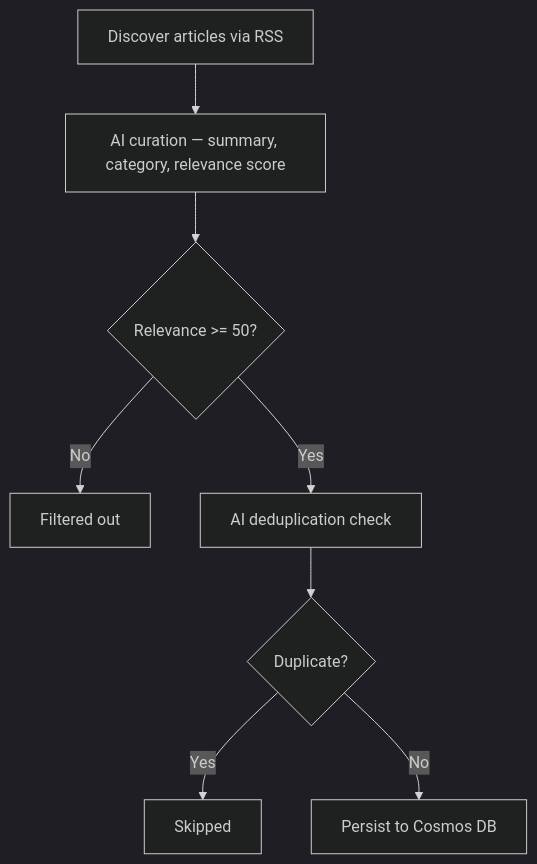
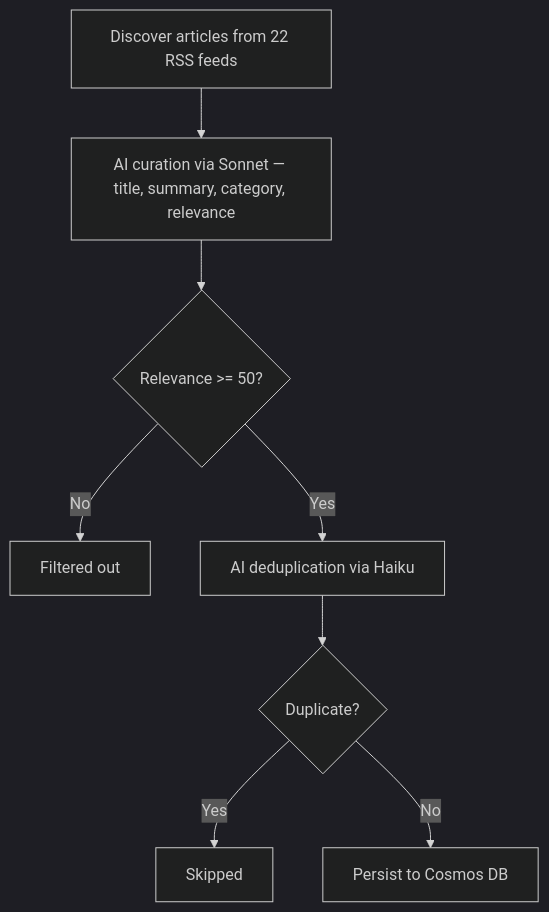
One commit to Steinklo/dev-news changed the second of 5 diagrams in README.md. Above: the diagram before and after it, drawn with Mermaid (dark theme). The commit also changed other lines of this file, not shown here.

````diff
--- a/README.md
+++ b/README.md
@@ -20,10 +20,10 @@
 ```mermaid
 flowchart TD
-    A[Discover articles via RSS] --> B[AI curation — summary, category, relevance score]
+    A[Discover articles from 22 RSS feeds] --> B[AI curation via Sonnet — title, summary, category, relevance]
     B --> C{Relevance >= 50?}
     C -- No --> D[Filtered out]
-    C -- Yes --> E[AI deduplication check]
+    C -- Yes --> E[AI deduplication via Haiku]
     E --> F{Duplicate?}
     F -- Yes --> G[Skipped]
     F -- No --> H[Persist to Cosmos DB]
 ```
````
